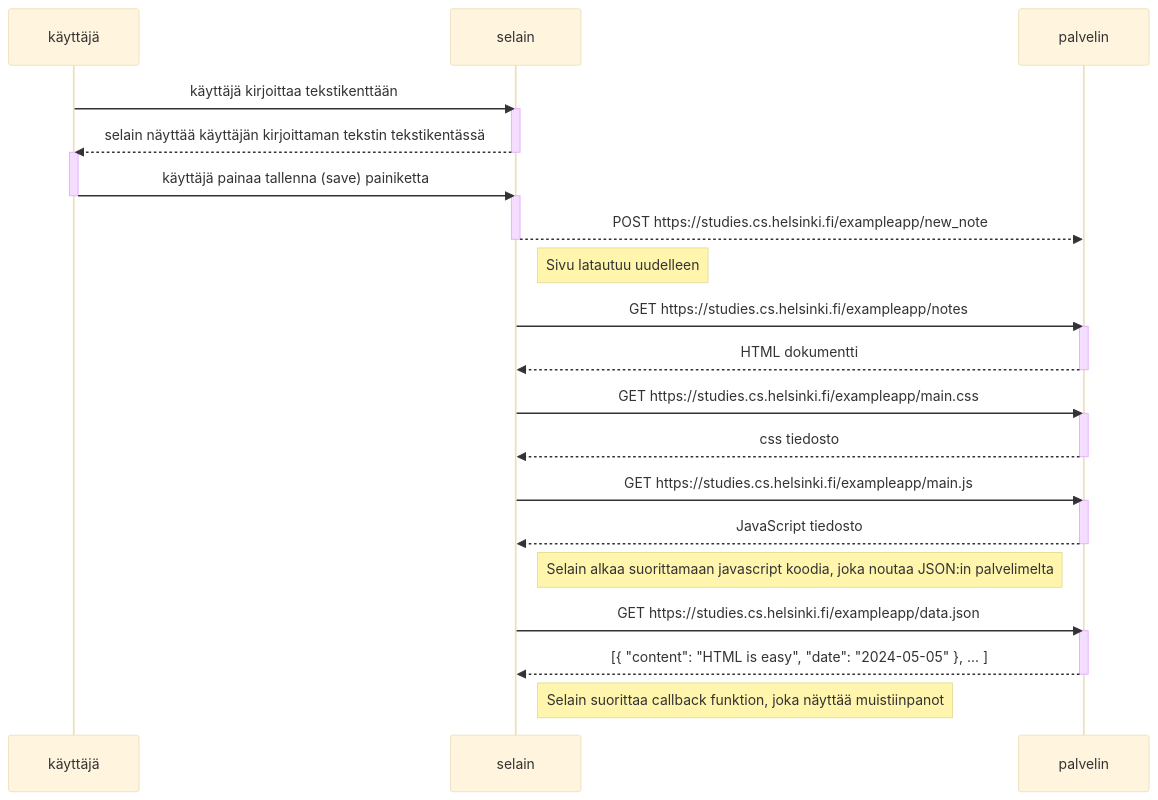
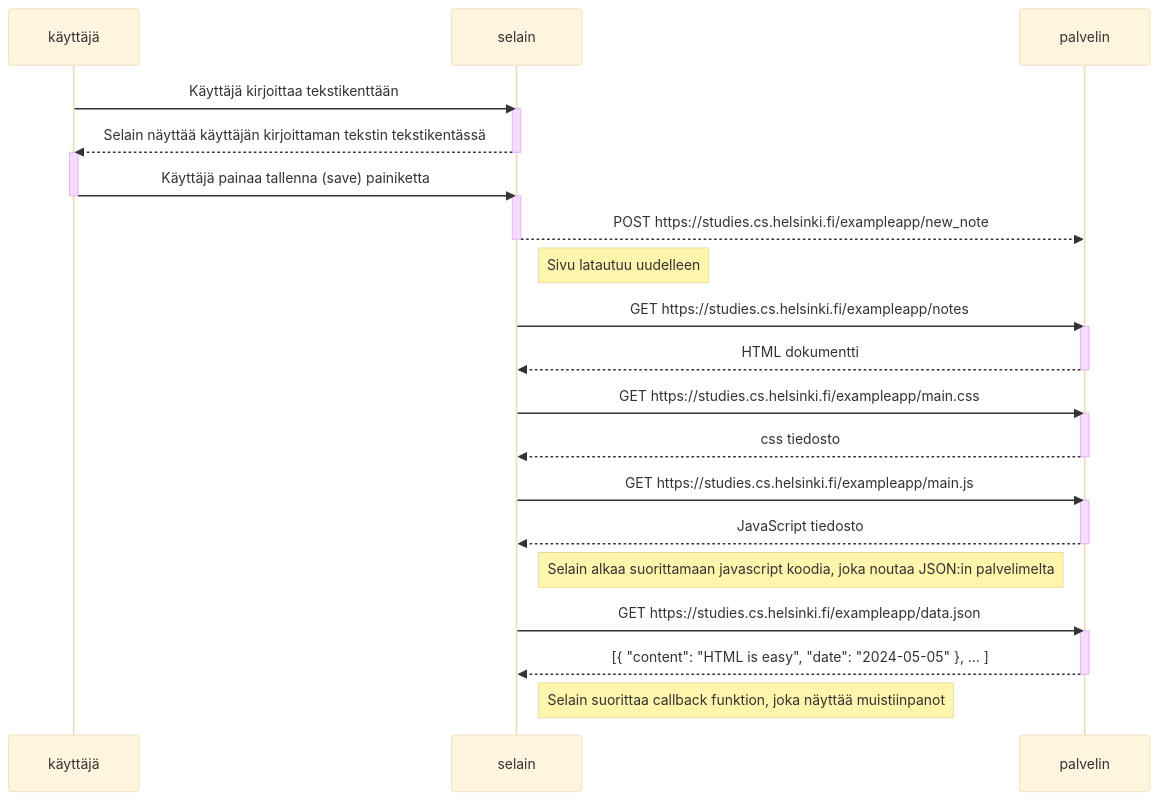
Before and after one commit to RRambo/Fullstack-Open: the diagram in osa0/0.4: uusi muistiinpano.md, drawn with Mermaid (base theme).

Commit message:
Update 0.4: uusi muistiinpano.md

````diff
--- a/osa0/0.4: uusi muistiinpano.md
+++ b/osa0/0.4: uusi muistiinpano.md
@@ -1,44 +1,44 @@
 ```mermaid
     sequenceDiagram
 	participant käyttäjä
         participant selain
         participant palvelin
         
-        käyttäjä->>selain: käyttäjä kirjoittaa tekstikenttään
+        käyttäjä->>selain: Käyttäjä kirjoittaa tekstikenttään
         activate selain
-        selain-->>käyttäjä: selain näyttää käyttäjän kirjoittaman tekstin tekstikentässä
+        selain-->>käyttäjä: Selain näyttää käyttäjän kirjoittaman tekstin tekstikentässä
         deactivate selain
 	activate käyttäjä
         
-        käyttäjä->>selain: käyttäjä painaa tallenna (save) painiketta
+        käyttäjä->>selain: Käyttäjä painaa tallenna (save) painiketta
 	deactivate käyttäjä
         activate selain
         selain-->>palvelin: POST https://studies.cs.helsinki.fi/exampleapp/new_note
         deactivate selain
 
 	Note right of selain: Sivu latautuu uudelleen
 	
 	selain->>palvelin: GET https://studies.cs.helsinki.fi/exampleapp/notes
 	activate palvelin
 	palvelin-->>selain: HTML dokumentti
 	deactivate palvelin
 	    
 	selain->>palvelin: GET https://studies.cs.helsinki.fi/exampleapp/main.css
 	activate palvelin
 	palvelin-->>selain: css tiedosto
 	deactivate palvelin
 	    
 	selain->>palvelin: GET https://studies.cs.helsinki.fi/exampleapp/main.js
 	activate palvelin
 	palvelin-->>selain: JavaScript tiedosto
 	deactivate palvelin
 	    
 	Note right of selain: Selain alkaa suorittamaan javascript koodia, joka noutaa JSON:in palvelimelta
 	    
 	selain->>palvelin: GET https://studies.cs.helsinki.fi/exampleapp/data.json
 	activate palvelin
 	palvelin-->>selain: [{ "content": "HTML is easy", "date": "2024-05-05" }, ... ]
 	deactivate palvelin    
 	
 	Note right of selain: Selain suorittaa callback funktion, joka näyttää muistiinpanot
 ```
````
